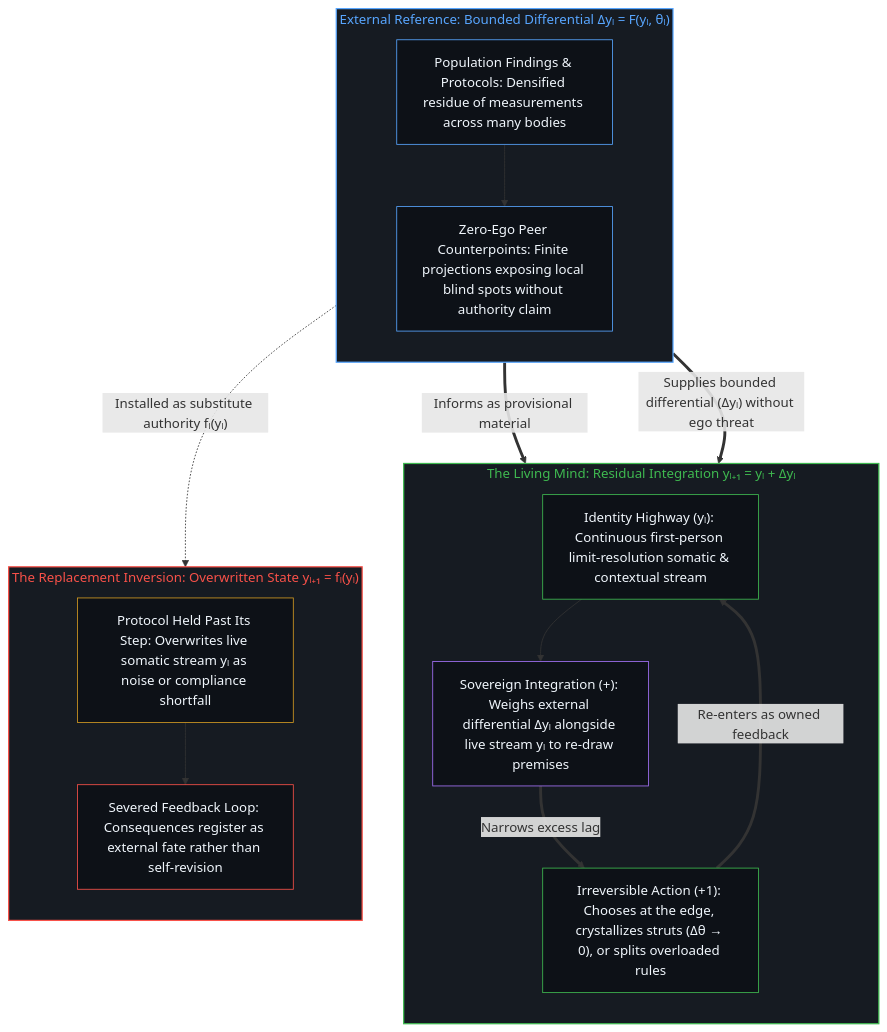
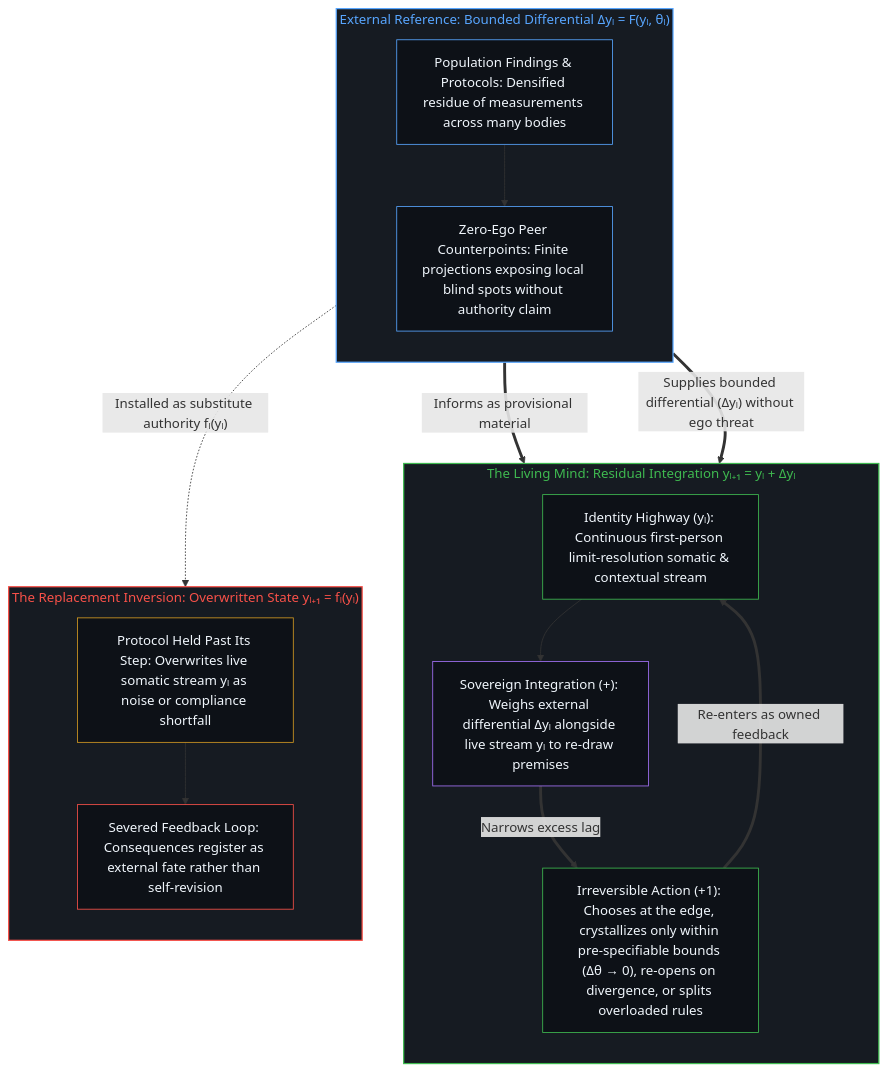
The second of 2 diagrams in content/posts/expertise-as-reference-not-replacement.md (powerpig99/not-a-toe), drawn with Mermaid before and after one commit. The commit also changed other lines of this file and 4 other files, not shown here.

````diff
--- a/content/posts/expertise-as-reference-not-replacement.md
+++ b/content/posts/expertise-as-reference-not-replacement.md
@@ -89,37 +89,37 @@
 ```mermaid
 flowchart TD
     subgraph S_Ext["External Reference: Bounded Differential Δyₗ = F(yₗ, θₗ)"]
         direction TB
         PopMap["Population Findings & Protocols: Densified residue of measurements across many bodies"]
         AgentProj["Zero-Ego Peer Counterpoints: Finite projections exposing local blind spots without authority claim"]
         PopMap --> AgentProj
     end
     subgraph S_Edge["The Living Mind: Residual Integration yₗ₊₁ = yₗ + Δyₗ"]
         direction TB
         LiveSense["Identity Highway (yₗ): Continuous first-person limit-resolution somatic & contextual stream"]
         Integrate["Sovereign Integration (+): Weighs external differential Δyₗ alongside live stream yₗ to re-draw premises"]
-        ActCost["Irreversible Action (+1): Chooses at the edge, crystallizes struts (Δθ → 0), or splits overloaded rules"]
+        ActCost["Irreversible Action (+1): Chooses at the edge, crystallizes only within pre-specifiable bounds (Δθ → 0), re-opens on divergence, or splits overloaded rules"]
         LiveSense --> Integrate
         Integrate ==>|"Narrows excess lag"| ActCost
         ActCost ==>|"Re-enters as owned feedback"| LiveSense
     end
     subgraph S_Replace["The Replacement Inversion: Overwritten State yₗ₊₁ = fₗ(yₗ)"]
         direction TB
         Dogma["Protocol Held Past Its Step: Overwrites live somatic stream yₗ as noise or compliance shortfall"]
         Sever["Severed Feedback Loop: Consequences register as external fate rather than self-revision"]
         Dogma --> Sever
     end
     PopMap ==>|"Informs as provisional material"| Integrate
     AgentProj ==>|"Supplies bounded differential (Δyₗ) without ego threat"| Integrate
     PopMap -.->|"Installed as substitute authority fₗ(yₗ)"| Dogma
     style S_Ext fill:#161b22,stroke:#58a6ff,stroke-width:1.5px,color:#58a6ff
     style S_Edge fill:#161b22,stroke:#3fb950,stroke-width:1.5px,color:#3fb950
     style S_Replace fill:#161b22,stroke:#f85149,stroke-width:1.5px,color:#f85149
     style PopMap fill:#0d1117,stroke:#58a6ff,stroke-width:1px,color:#f0f6fc
     style AgentProj fill:#0d1117,stroke:#58a6ff,stroke-width:1px,color:#f0f6fc
     style LiveSense fill:#0d1117,stroke:#3fb950,stroke-width:1px,color:#f0f6fc
     style Integrate fill:#0d1117,stroke:#a371f7,stroke-width:1px,color:#f0f6fc
     style ActCost fill:#0d1117,stroke:#3fb950,stroke-width:1px,color:#f0f6fc
     style Dogma fill:#0d1117,stroke:#d29922,stroke-width:1px,color:#f0f6fc
     style Sever fill:#0d1117,stroke:#f85149,stroke-width:1px,color:#f0f6fc
 ```
````
